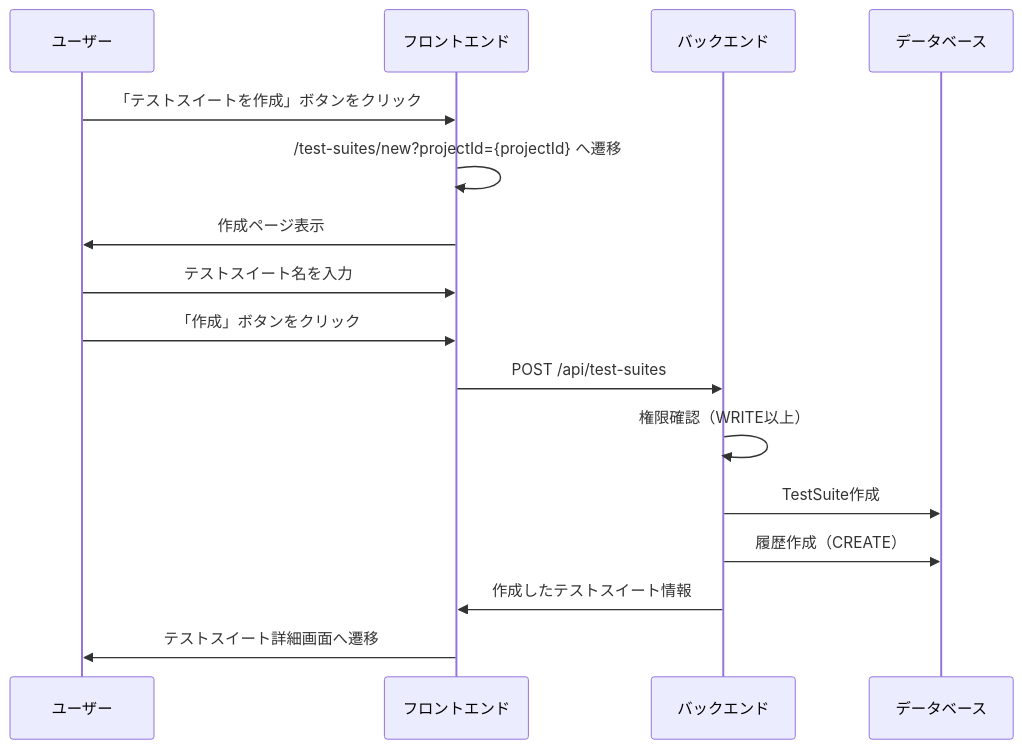
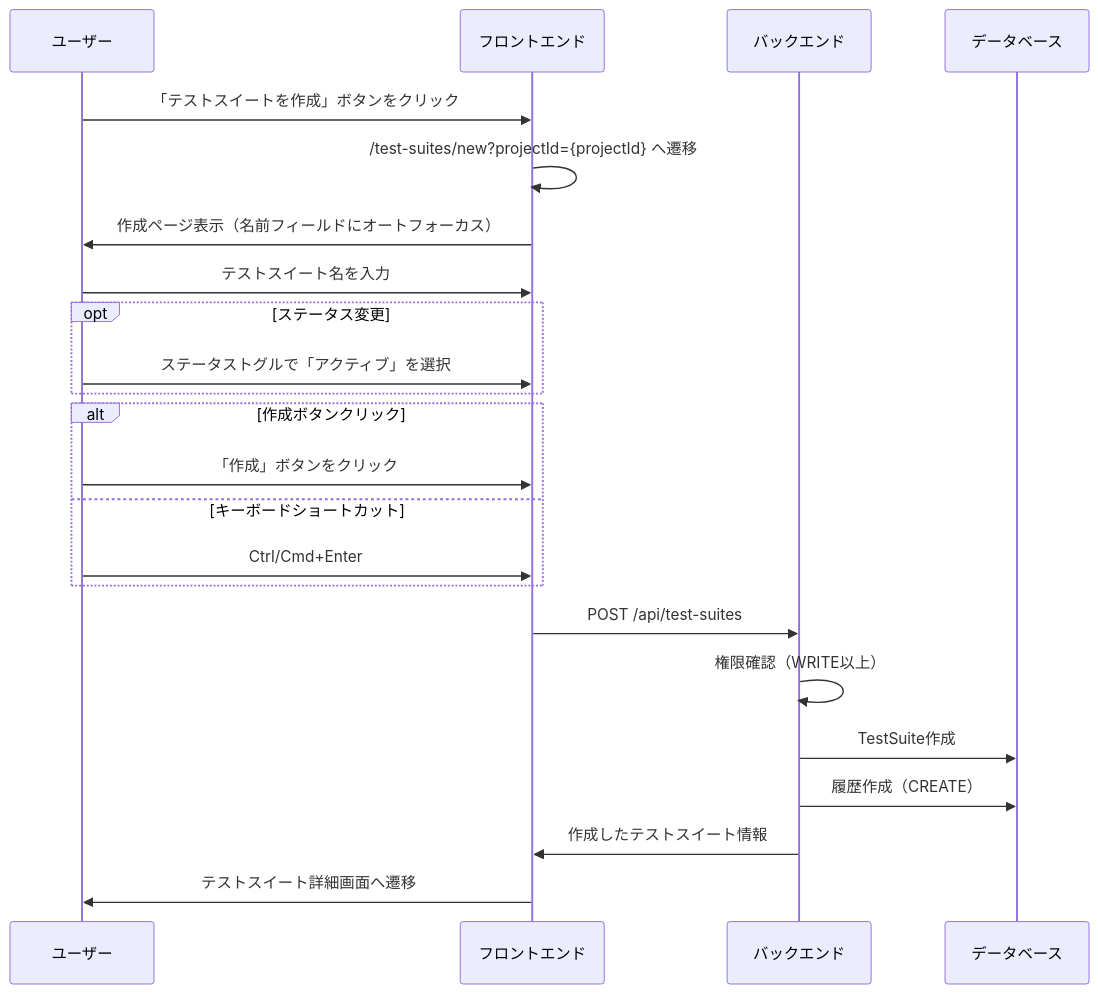
One commit to tsutsumi389/agentest changed the first of 7 diagrams in docs/architecture/features/test-suite-management.md. Above: the diagram before and after it, drawn with Mermaid. The commit also changed other lines of this file and 2 other files, not shown here.

````diff
--- a/docs/architecture/features/test-suite-management.md
+++ b/docs/architecture/features/test-suite-management.md
@@ -178,19 +198,26 @@
 ```mermaid
 sequenceDiagram
     participant U as ユーザー
     participant F as フロントエンド
     participant B as バックエンド
     participant DB as データベース
 
     U->>F: 「テストスイートを作成」ボタンをクリック
     F->>F: /test-suites/new?projectId={projectId} へ遷移
-    F->>U: 作成ページ表示
+    F->>U: 作成ページ表示（名前フィールドにオートフォーカス）
     U->>F: テストスイート名を入力
-    U->>F: 「作成」ボタンをクリック
+    opt ステータス変更
+        U->>F: ステータストグルで「アクティブ」を選択
+    end
+    alt 作成ボタンクリック
+        U->>F: 「作成」ボタンをクリック
+    else キーボードショートカット
+        U->>F: Ctrl/Cmd+Enter
+    end
     F->>B: POST /api/test-suites
     B->>B: 権限確認（WRITE以上）
     B->>DB: TestSuite作成
     B->>DB: 履歴作成（CREATE）
     B->>F: 作成したテストスイート情報
     F->>U: テストスイート詳細画面へ遷移
 ```
````
